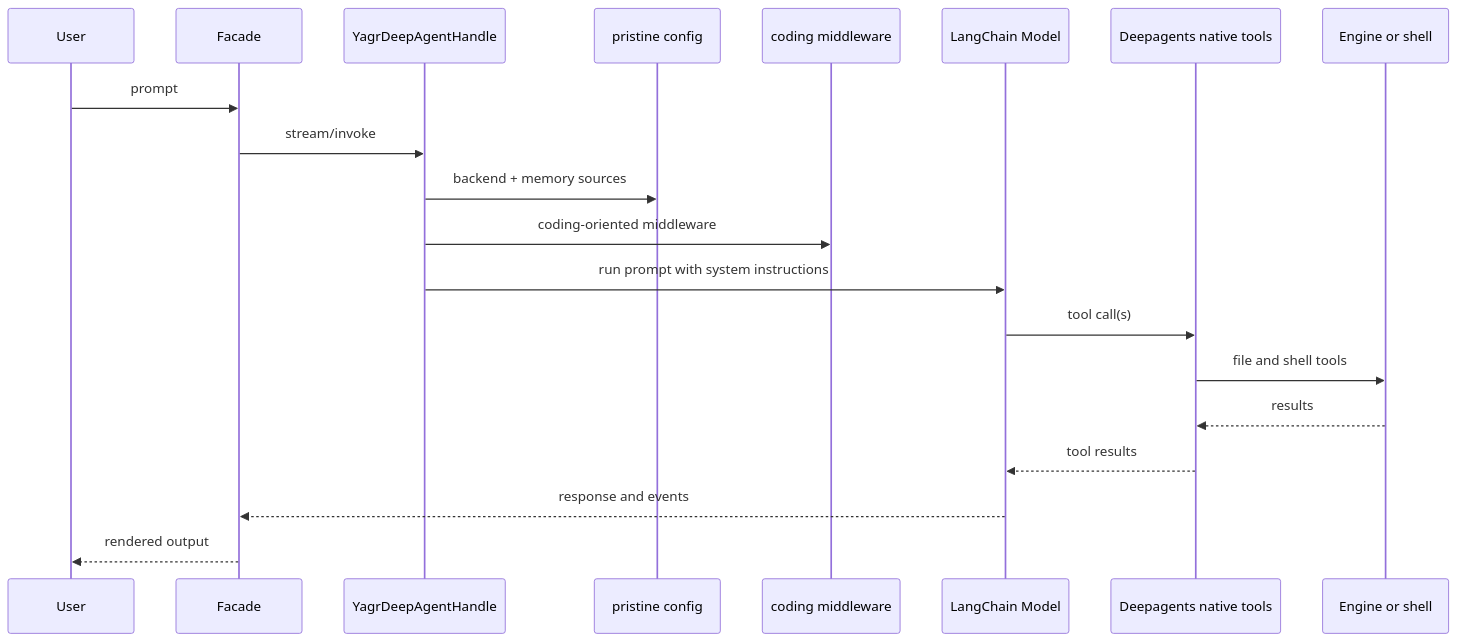
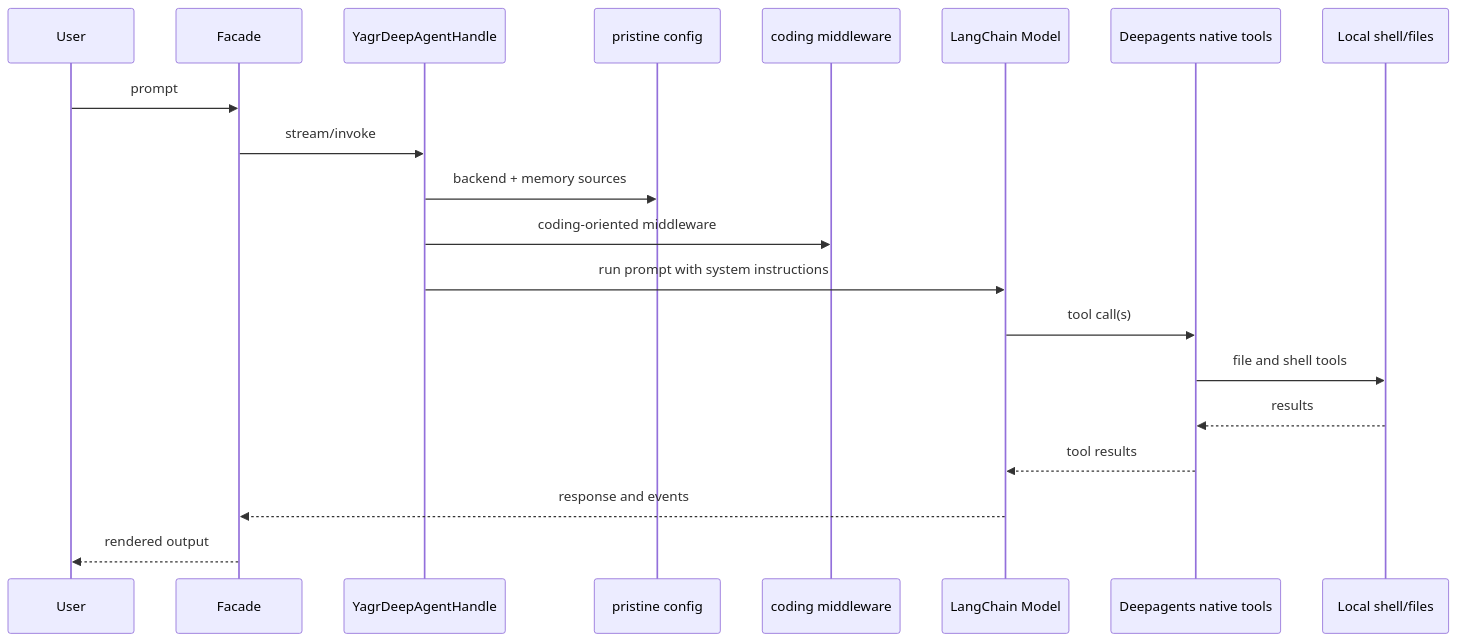
The first of 4 diagrams in architecture/current/runtime-flows.md (EtienneLescot/yagr), drawn with Mermaid before and after one commit. The commit also changed other lines of this file and 197 other files, not shown here.

````diff
--- a/architecture/current/runtime-flows.md
+++ b/architecture/current/runtime-flows.md
@@ -7,23 +7,23 @@
 ```mermaid
 sequenceDiagram
     participant U as User
     participant F as Facade
     participant H as YagrDeepAgentHandle
     participant P as pristine config
     participant C as coding middleware
     participant M as LangChain Model
     participant T as Deepagents native tools
-    participant E as Engine or shell
+    participant E as Local shell/files
 
     U->>F: prompt
     F->>H: stream/invoke
     H->>P: backend + memory sources
     H->>C: coding-oriented middleware
     H->>M: run prompt with system instructions
     M->>T: tool call(s)
     T->>E: file and shell tools
     E-->>T: results
     T-->>M: tool results
     M-->>F: response and events
     F-->>U: rendered output
 ```
````
